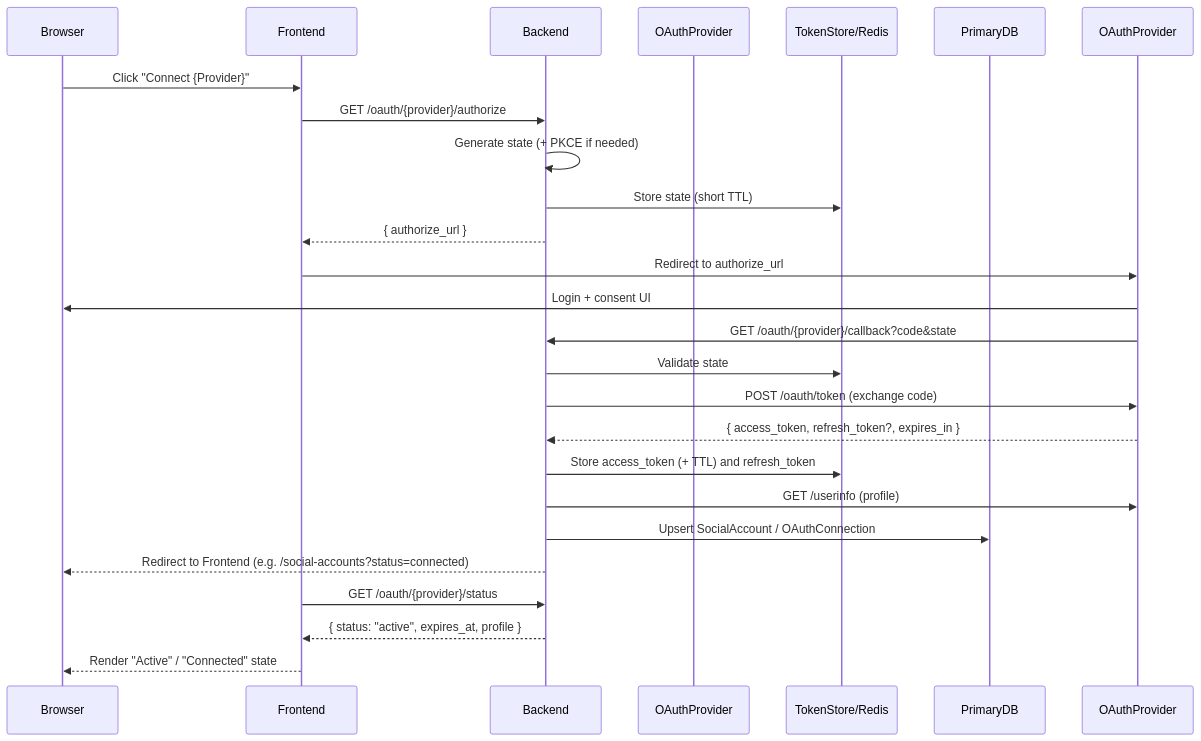
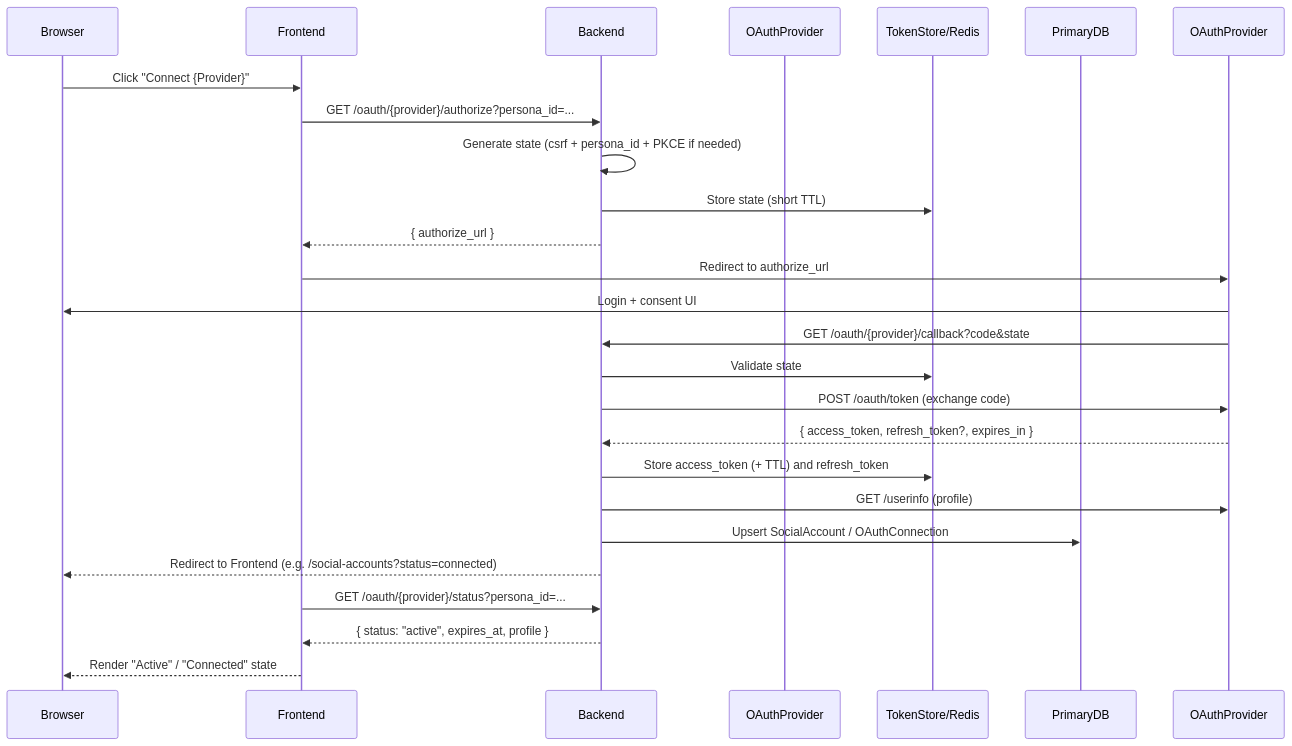
The first of 4 diagrams in docs/specs/OAUTH_ARCHITECTURE_AND_PATTERNS.md (AchuAshwath/LinkX), drawn with Mermaid before and after one commit. The commit also changed other lines of this file and 11 other files, not shown here.

````diff
--- a/docs/specs/OAUTH_ARCHITECTURE_AND_PATTERNS.md
+++ b/docs/specs/OAUTH_ARCHITECTURE_AND_PATTERNS.md
@@ -73,30 +73,30 @@
 ```mermaid
 sequenceDiagram
   participant Browser
   participant Frontend
   participant Backend
   participant Provider as OAuthProvider
   participant TokenStore as TokenStore/Redis
   participant DB as PrimaryDB
 
   Browser->>Frontend: Click "Connect {Provider}"
-  Frontend->>Backend: GET /oauth/{provider}/authorize
-  Backend->>Backend: Generate state (+ PKCE if needed)
+  Frontend->>Backend: GET /oauth/{provider}/authorize?persona_id=...
+  Backend->>Backend: Generate state (csrf + persona_id + PKCE if needed)
   Backend->>TokenStore: Store state (short TTL)
   Backend-->>Frontend: { authorize_url }
   Frontend->>OAuthProvider: Redirect to authorize_url
 
   OAuthProvider->>Browser: Login + consent UI
   OAuthProvider->>Backend: GET /oauth/{provider}/callback?code&state
   Backend->>TokenStore: Validate state
   Backend->>OAuthProvider: POST /oauth/token (exchange code)
   OAuthProvider-->>Backend: { access_token, refresh_token?, expires_in }
 
   Backend->>TokenStore: Store access_token (+ TTL) and refresh_token
   Backend->>OAuthProvider: GET /userinfo (profile)
   Backend->>DB: Upsert SocialAccount / OAuthConnection
   Backend-->>Browser: Redirect to Frontend (e.g. /social-accounts?status=connected)
-  Frontend->>Backend: GET /oauth/{provider}/status
+  Frontend->>Backend: GET /oauth/{provider}/status?persona_id=...
   Backend-->>Frontend: { status: "active", expires_at, profile }
   Frontend-->>Browser: Render "Active" / "Connected" state
 ```
````
